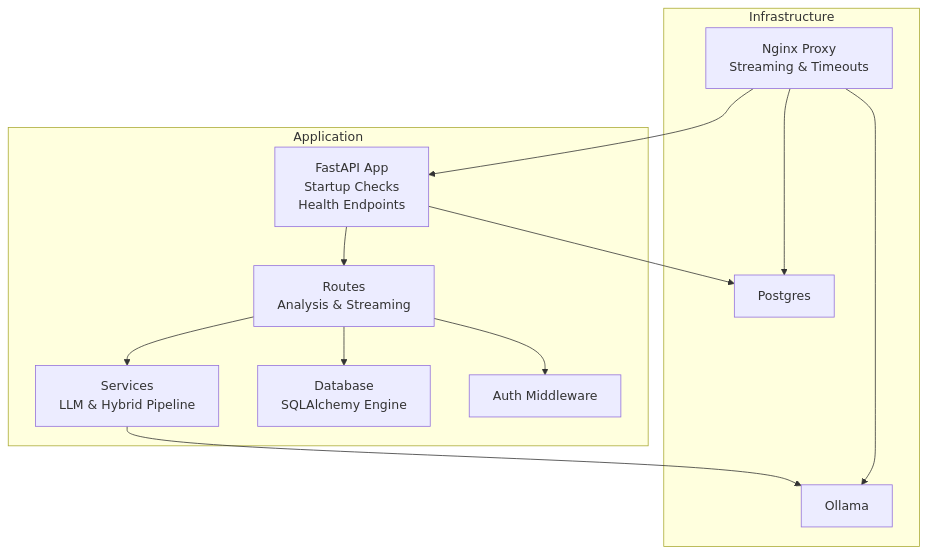
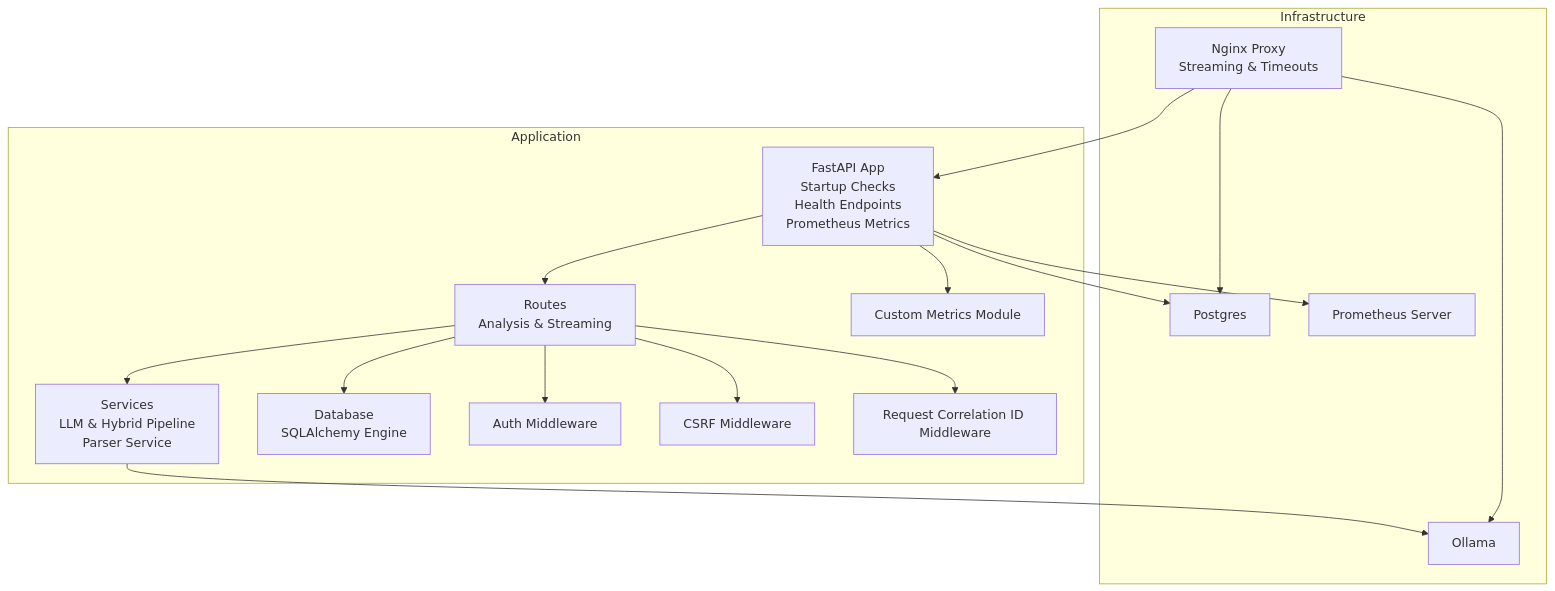
One commit to Revanththetalogics/aireume changed the first of 4 diagrams in .qoder/repowiki/en/content/Deployment & DevOps/Monitoring & Logging.md. Above: the diagram before and after it, drawn with Mermaid. The commit also changed other lines of this file and 33 other files, not shown here.

````diff
--- a/.qoder/repowiki/en/content/Deployment & DevOps/Monitoring & Logging.md
+++ b/.qoder/repowiki/en/content/Deployment & DevOps/Monitoring & Logging.md
@@ -43,24 +58,32 @@
 ```mermaid
 graph TB
 subgraph "Application"
-M["FastAPI App<br/>Startup Checks<br/>Health Endpoints"]
+M["FastAPI App<br/>Startup Checks<br/>Health Endpoints<br/>Prometheus Metrics"]
 R["Routes<br/>Analysis & Streaming"]
-S["Services<br/>LLM & Hybrid Pipeline"]
+S["Services<br/>LLM & Hybrid Pipeline<br/>Parser Service"]
 D["Database<br/>SQLAlchemy Engine"]
 A["Auth Middleware"]
+CSRF["CSRF Middleware"]
+CORR["Request Correlation ID Middleware"]
+METRICS["Custom Metrics Module"]
 end
 subgraph "Infrastructure"
 NGINX["Nginx Proxy<br/>Streaming & Timeouts"]
 PG["Postgres"]
 OLL["Ollama"]
+PROM["Prometheus Server"]
 end
 M --> R
 R --> S
 R --> D
 R --> A
+R --> CSRF
+R --> CORR
 S --> OLL
 M --> PG
+M --> METRICS
+M --> PROM
 NGINX --> M
 NGINX --> OLL
 NGINX --> PG
 ```
````
